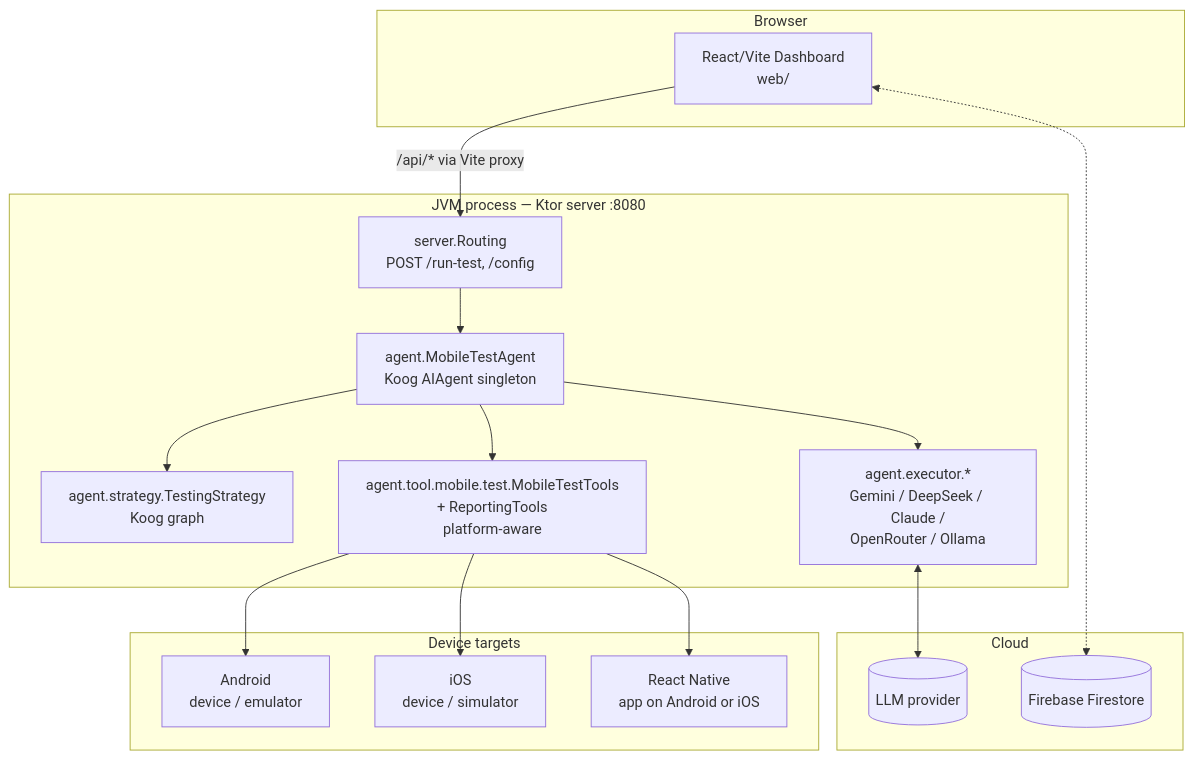
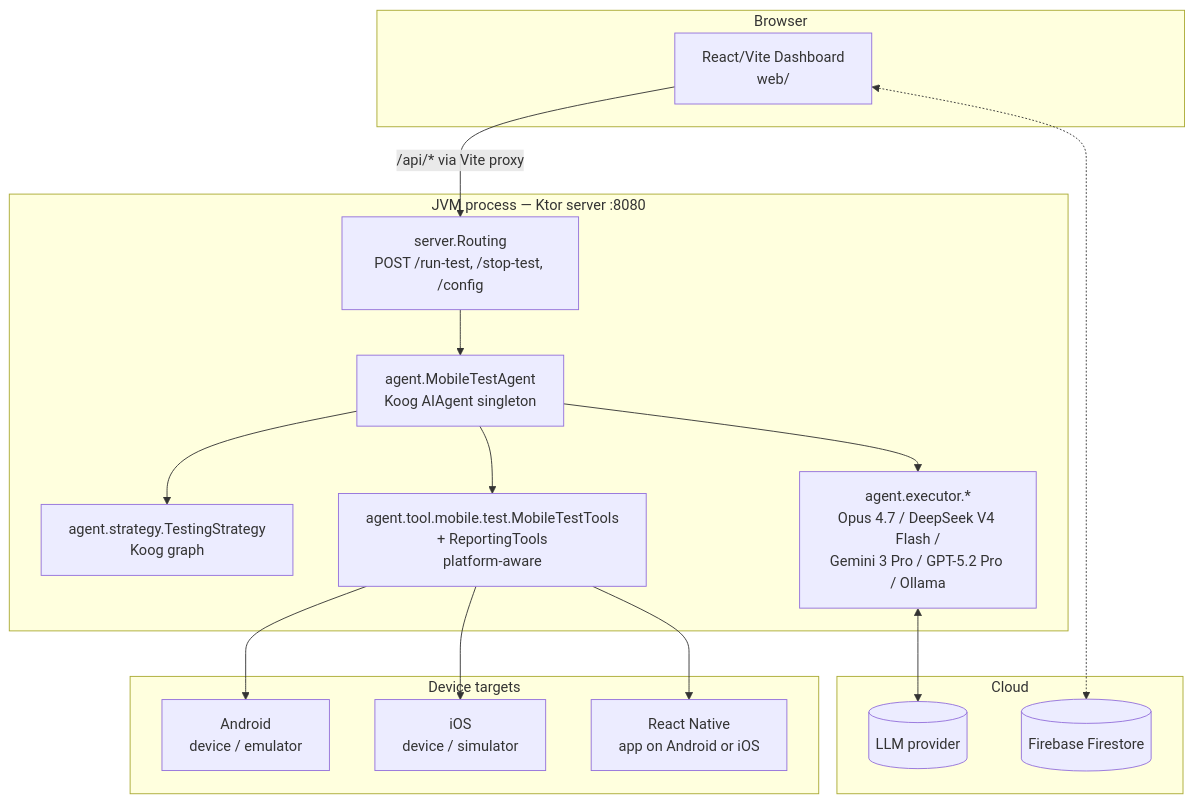
Before and after one commit to maikotrindade/mobile-tester-agent: the first of 2 diagrams in docs/architecture.md, drawn with Mermaid. The commit also changed other lines of this file and 14 other files, not shown here.

First line of the commit message:
feat: stop-test endpoint, start.sh, refreshed LLM lineup

````diff
--- a/docs/architecture.md
+++ b/docs/architecture.md
@@ -11,33 +11,33 @@
 ```mermaid
 flowchart TB
     subgraph Browser
         FE[React/Vite Dashboard<br/>web/]
     end
     subgraph JVM[JVM process — Ktor server :8080]
-        ROUTING[server.Routing<br/>POST /run-test, /config]
+        ROUTING[server.Routing<br/>POST /run-test, /stop-test, /config]
         AGENT[agent.MobileTestAgent<br/>Koog AIAgent singleton]
         STRAT[agent.strategy.TestingStrategy<br/>Koog graph]
         TOOLS[agent.tool.mobile.test.MobileTestTools<br/>+ ReportingTools<br/>platform-aware]
-        EXEC[agent.executor.*<br/>Gemini / DeepSeek / Claude /<br/>OpenRouter / Ollama]
+        EXEC[agent.executor.*<br/>Opus 4.7 / DeepSeek V4 Flash /<br/>Gemini 3 Pro / GPT-5.2 Pro / Ollama]
     end
     subgraph Targets[Device targets]
         AND[Android<br/>device / emulator]
         IOS[iOS<br/>device / simulator]
         RN[React Native<br/>app on Android or iOS]
     end
     subgraph Cloud
         LLM[(LLM provider)]
         FS[(Firebase Firestore)]
     end
 
     FE -- /api/* via Vite proxy --> ROUTING
     ROUTING --> AGENT
     AGENT --> STRAT
     AGENT --> TOOLS
     AGENT --> EXEC
     EXEC <--> LLM
     TOOLS --> AND
     TOOLS --> IOS
     TOOLS --> RN
     FE <-.-> FS
 ```
````
